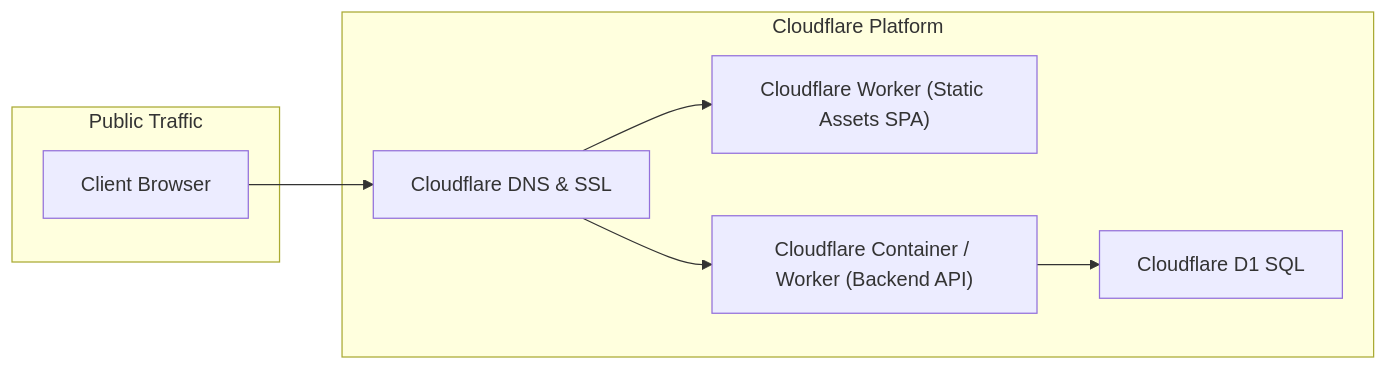
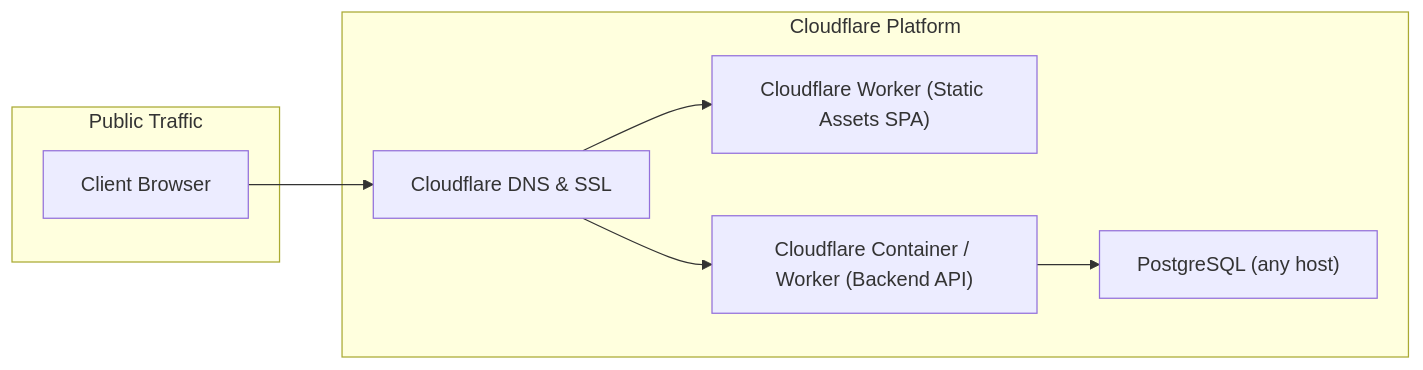
Before and after one commit to AccountGo/accountgo: the diagram in docs/DEPLOYMENT.md, drawn with Mermaid. The commit also changed other lines of this file and 99 other files, not shown here.

````diff
--- a/docs/DEPLOYMENT.md
+++ b/docs/DEPLOYMENT.md
@@ -10,18 +10,18 @@
 ```mermaid
 flowchart LR
     subgraph Internet["Public Traffic"]
         User["Client Browser"]
     end
 
     subgraph CF["Cloudflare Platform"]
         DNS["Cloudflare DNS & SSL"]
         WebWorker["Cloudflare Worker (Static Assets SPA)"]
         APIContainer["Cloudflare Container / Worker (Backend API)"]
-        D1["Cloudflare D1 SQL"]
+        PG["PostgreSQL (any host)"]
     end
 
     User --> DNS
     DNS --> WebWorker
     DNS --> APIContainer
-    APIContainer --> D1
+    APIContainer --> PG
 ```
````
